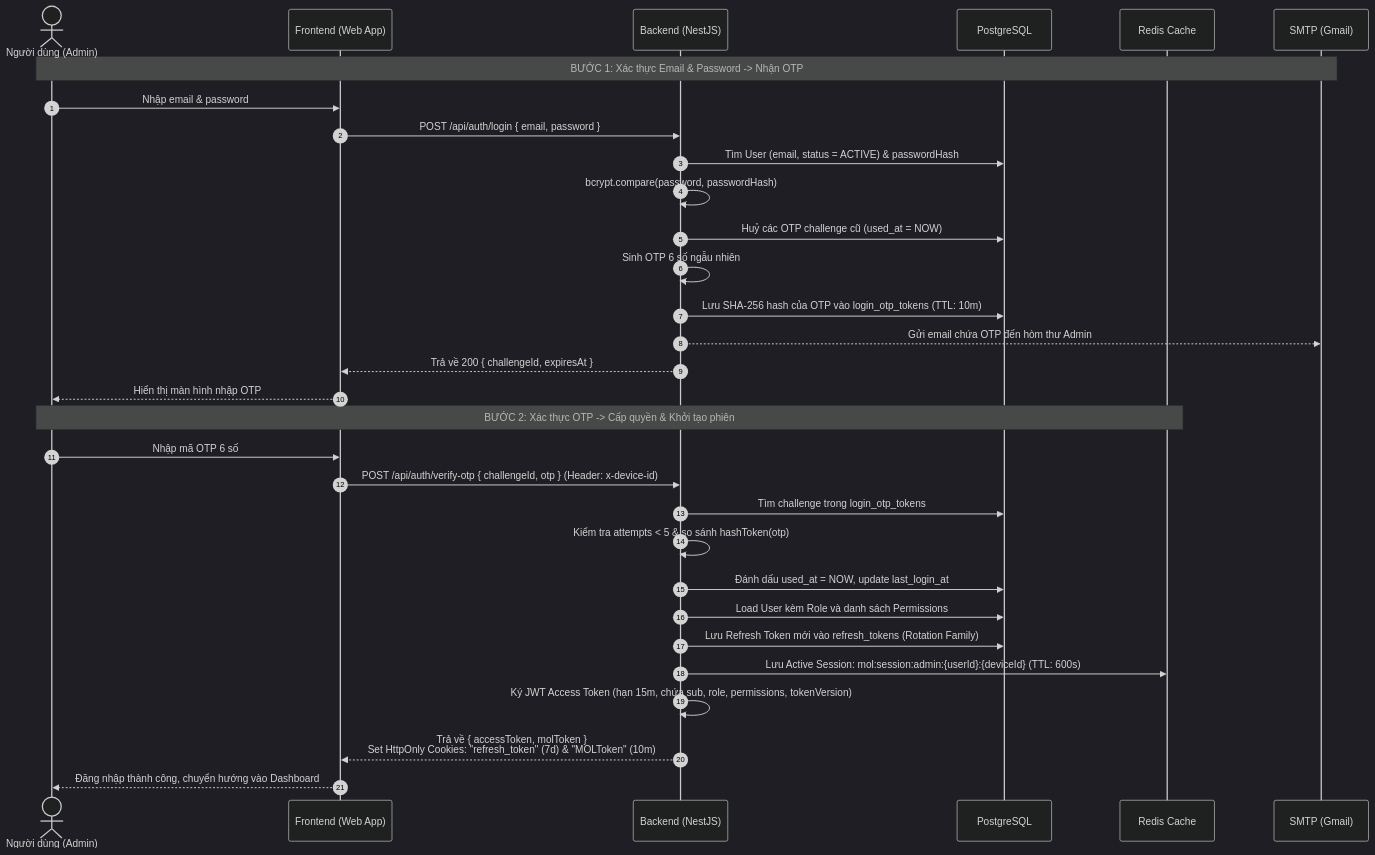
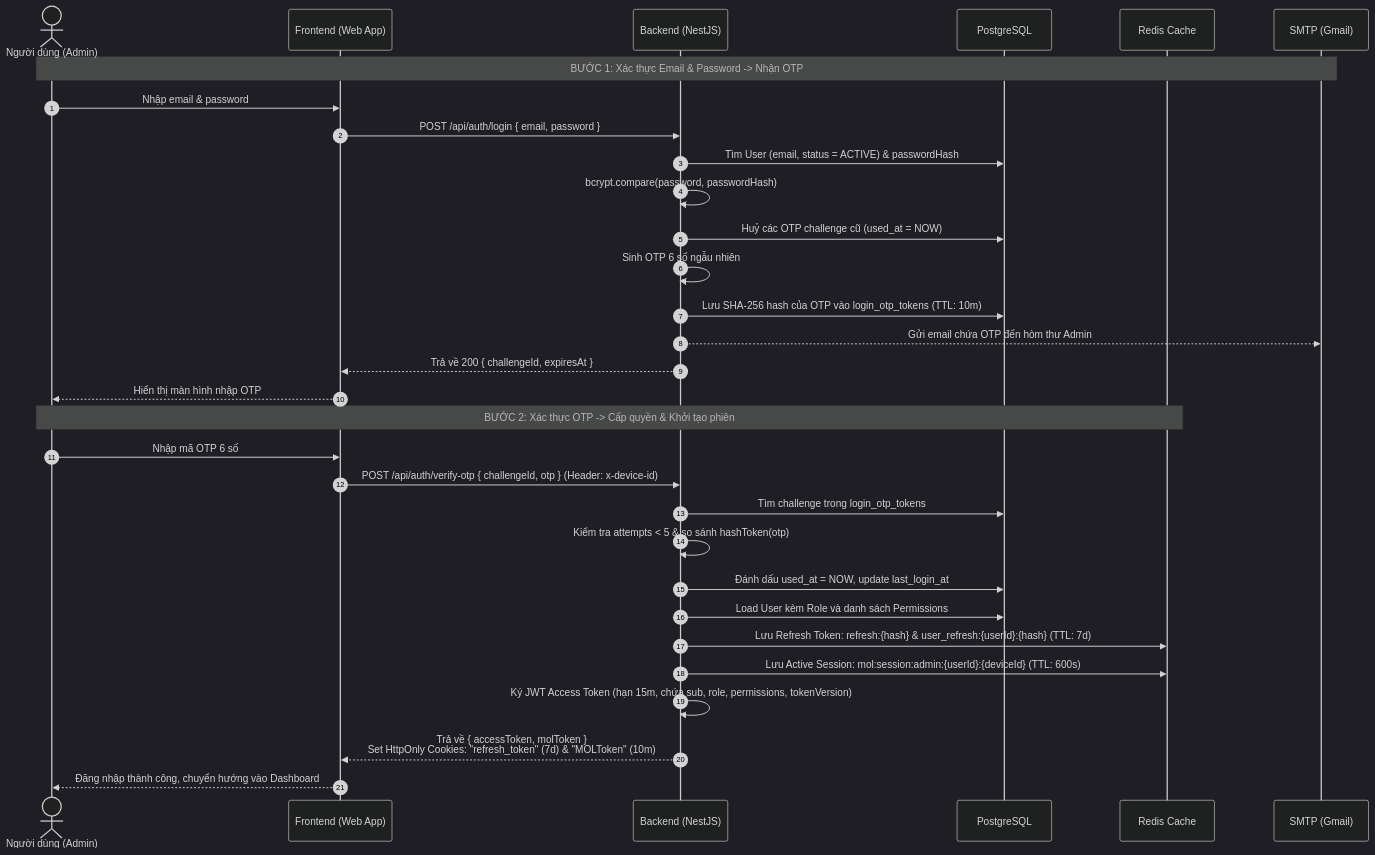
The diagram in docs/login-flow.md (lichlt/car-store-backend), drawn with Mermaid (dark theme) before and after one commit. The commit also changed other lines of this file and 14 other files, not shown here.

Commit message:
refactor(auth): migrate refresh token storage to pure Redis and remove DB table

````diff
--- a/docs/login-flow.md
+++ b/docs/login-flow.md
@@ -13,39 +13,39 @@
 ```mermaid
 sequenceDiagram
     autonumber
     actor Admin as Người dùng (Admin)
     participant Web as Frontend (Web App)
     participant API as Backend (NestJS)
     participant DB as PostgreSQL
     participant Redis as Redis Cache
     participant Mail as SMTP (Gmail)
 
     %% BƯỚC 1: REQUEST OTP
     Note over Admin,Mail: BƯỚC 1: Xác thực Email & Password -> Nhận OTP
     Admin->>Web: Nhập email & password
     Web->>API: POST /api/auth/login { email, password }
     API->>DB: Tìm User (email, status = ACTIVE) & passwordHash
     API->>API: bcrypt.compare(password, passwordHash)
     API->>DB: Huỷ các OTP challenge cũ (used_at = NOW)
     API->>API: Sinh OTP 6 số ngẫu nhiên
     API->>DB: Lưu SHA-256 hash của OTP vào login_otp_tokens (TTL: 10m)
     API-->>Mail: Gửi email chứa OTP đến hòm thư Admin
     API-->>Web: Trả về 200 { challengeId, expiresAt }
     Web-->>Admin: Hiển thị màn hình nhập OTP
 
     %% BƯỚC 2: VERIFY OTP
     Note over Admin,Redis: BƯỚC 2: Xác thực OTP -> Cấp quyền & Khởi tạo phiên
     Admin->>Web: Nhập mã OTP 6 số
     Web->>API: POST /api/auth/verify-otp { challengeId, otp } (Header: x-device-id)
     API->>DB: Tìm challenge trong login_otp_tokens
     API->>API: Kiểm tra attempts < 5 & so sánh hashToken(otp)
     API->>DB: Đánh dấu used_at = NOW, update last_login_at
     API->>DB: Load User kèm Role và danh sách Permissions
-    
+
     %% Khởi tạo Tokens & Redis
-    API->>DB: Lưu Refresh Token mới vào refresh_tokens (Rotation Family)
+    API->>Redis: Lưu Refresh Token: refresh:{hash} & user_refresh:{userId}:{hash} (TTL: 7d)
     API->>Redis: Lưu Active Session: mol:session:admin:{userId}:{deviceId} (TTL: 600s)
     API->>API: Ký JWT Access Token (hạn 15m, chứa sub, role, permissions, tokenVersion)
     API-->>Web: Trả về { accessToken, molToken }<br/>Set HttpOnly Cookies: "refresh_token" (7d) & "MOLToken" (10m)
     Web-->>Admin: Đăng nhập thành công, chuyển hướng vào Dashboard
 ```
````
